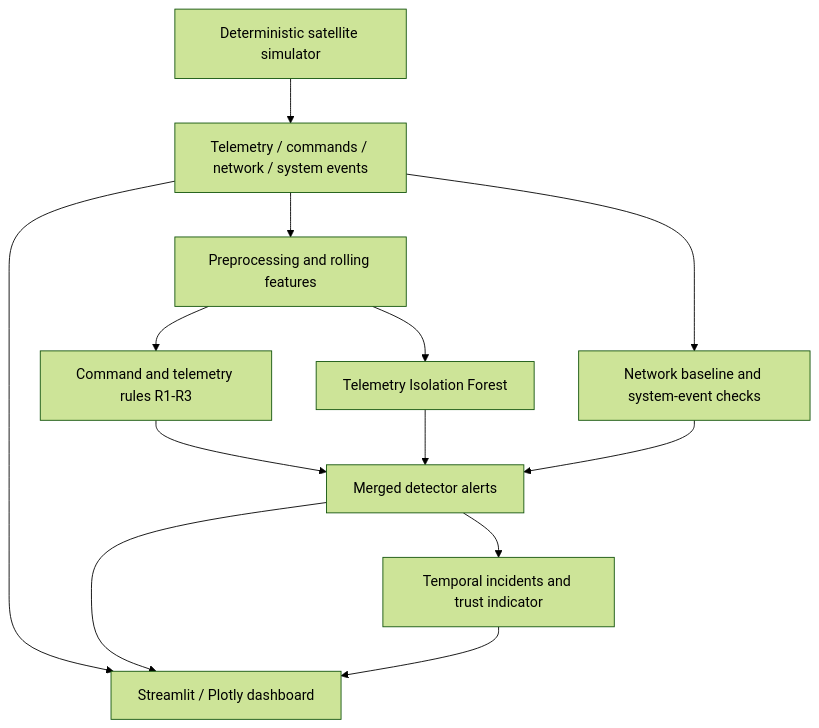
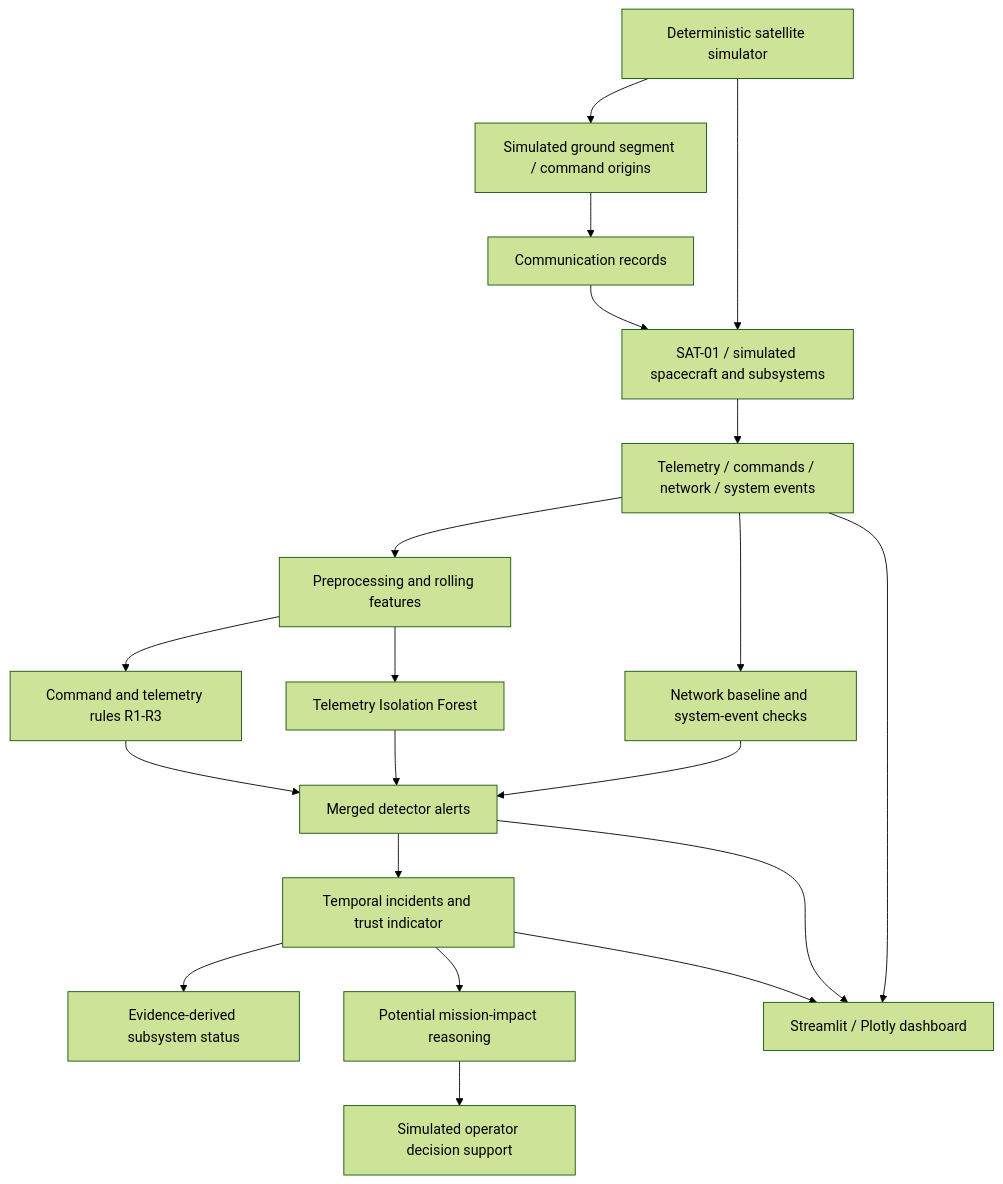
The diagram in README.md (JasserEzzine/TekClipse), drawn with Mermaid (forest theme) before and after one commit. The commit also changed other lines of this file and 9 other files, not shown here.

````diff
--- a/README.md
+++ b/README.md
@@ -30,15 +53,22 @@
 ```mermaid
 flowchart TD
-    A[Deterministic satellite simulator] --> B[Telemetry / commands / network / system events]
+    GROUND[Simulated ground segment / command origins] --> L[Communication records]
+    L --> S[SAT-01 / simulated spacecraft and subsystems]
+    A[Deterministic satellite simulator] --> GROUND
+    A --> S
+    S --> B[Telemetry / commands / network / system events]
     B --> C[Preprocessing and rolling features]
     C --> D[Command and telemetry rules R1-R3]
     C --> E[Telemetry Isolation Forest]
     B --> N[Network baseline and system-event checks]
     D --> F[Merged detector alerts]
     E --> F
     N --> F
     F --> I[Temporal incidents and trust indicator]
+    I --> M[Evidence-derived subsystem status]
+    I --> P[Potential mission-impact reasoning]
+    P --> O[Simulated operator decision support]
     B --> G[Streamlit / Plotly dashboard]
     F --> G
     I --> G
 ```
````
